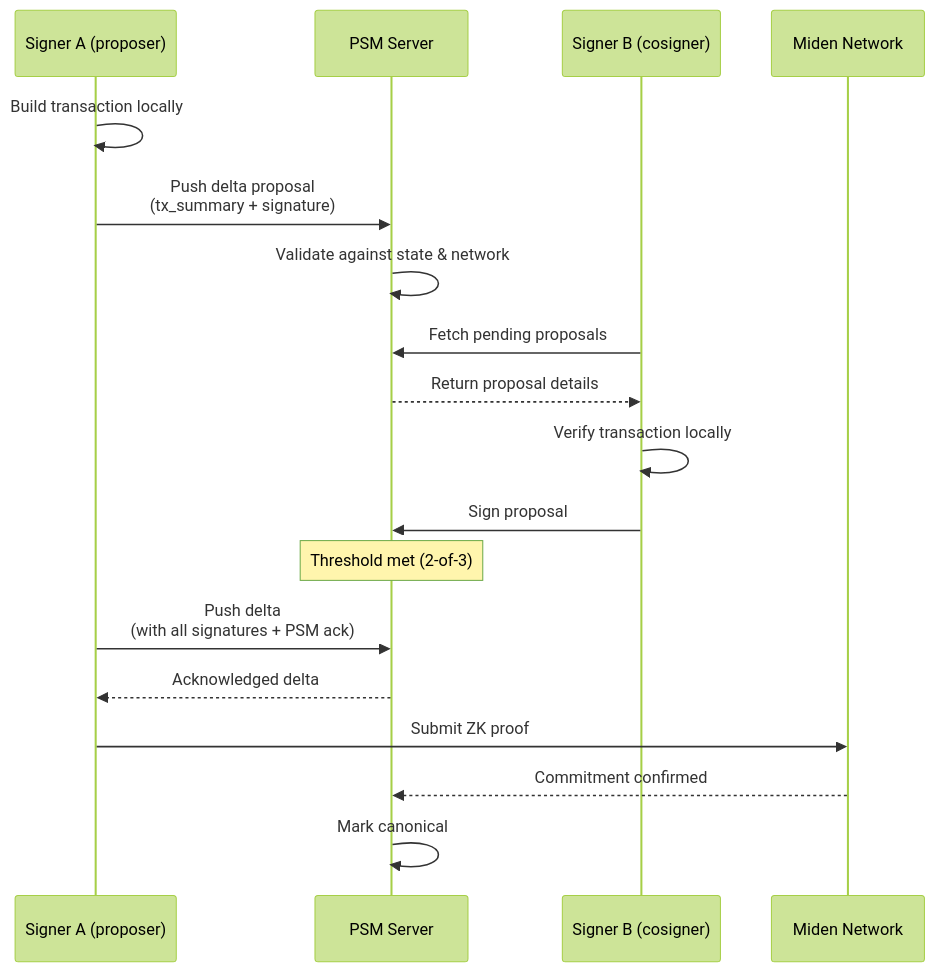
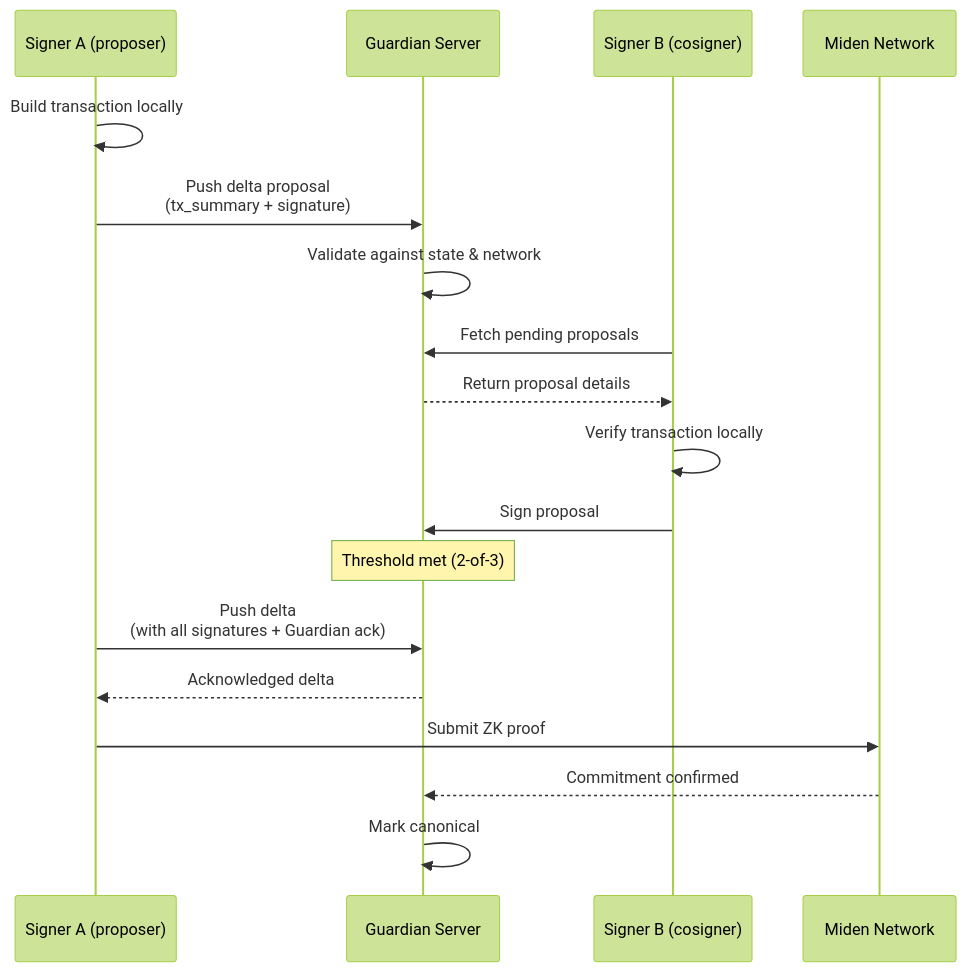
Before and after one commit to 0xMiden/miden-docs: the diagram in docs/builder/solutions/private-multisig/index.md, drawn with Mermaid (forest theme). The commit also changed other lines of this file and 3 other files, not shown here.

First line of the commit message:
docs: rebrand PSM → Guardian in multisig and builder pages

````diff
--- a/docs/builder/solutions/private-multisig/index.md
+++ b/docs/builder/solutions/private-multisig/index.md
@@ -32,24 +32,24 @@
 ```mermaid
 sequenceDiagram
     participant A as Signer A (proposer)
-    participant PSM as PSM Server
+    participant Guardian as Guardian Server
     participant B as Signer B (cosigner)
     participant Chain as Miden Network
 
     A->>A: Build transaction locally
-    A->>PSM: Push delta proposal<br/>(tx_summary + signature)
-    PSM->>PSM: Validate against state & network
+    A->>Guardian: Push delta proposal<br/>(tx_summary + signature)
+    Guardian->>Guardian: Validate against state & network
 
-    B->>PSM: Fetch pending proposals
-    PSM-->>B: Return proposal details
+    B->>Guardian: Fetch pending proposals
+    Guardian-->>B: Return proposal details
     B->>B: Verify transaction locally
-    B->>PSM: Sign proposal
+    B->>Guardian: Sign proposal
 
-    Note over PSM: Threshold met (2-of-3)
+    Note over Guardian: Threshold met (2-of-3)
 
-    A->>PSM: Push delta<br/>(with all signatures + PSM ack)
-    PSM-->>A: Acknowledged delta
+    A->>Guardian: Push delta<br/>(with all signatures + Guardian ack)
+    Guardian-->>A: Acknowledged delta
     A->>Chain: Submit ZK proof
-    Chain-->>PSM: Commitment confirmed
-    PSM->>PSM: Mark canonical
+    Chain-->>Guardian: Commitment confirmed
+    Guardian->>Guardian: Mark canonical
 ```
````
